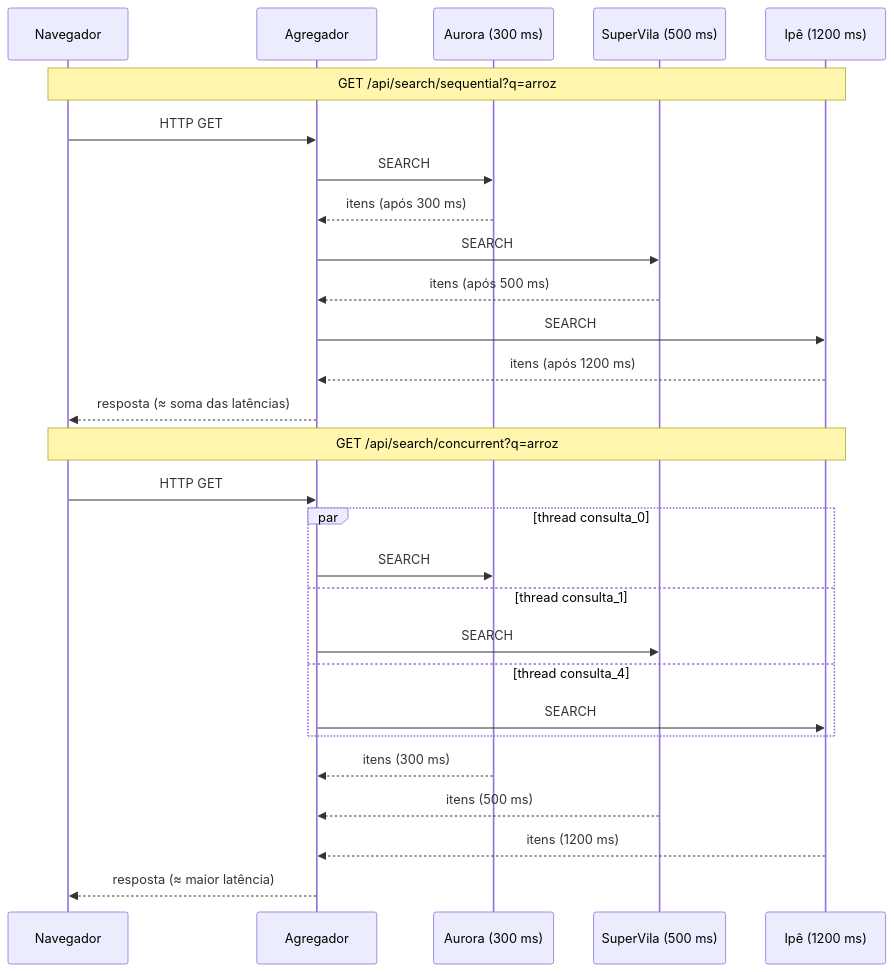
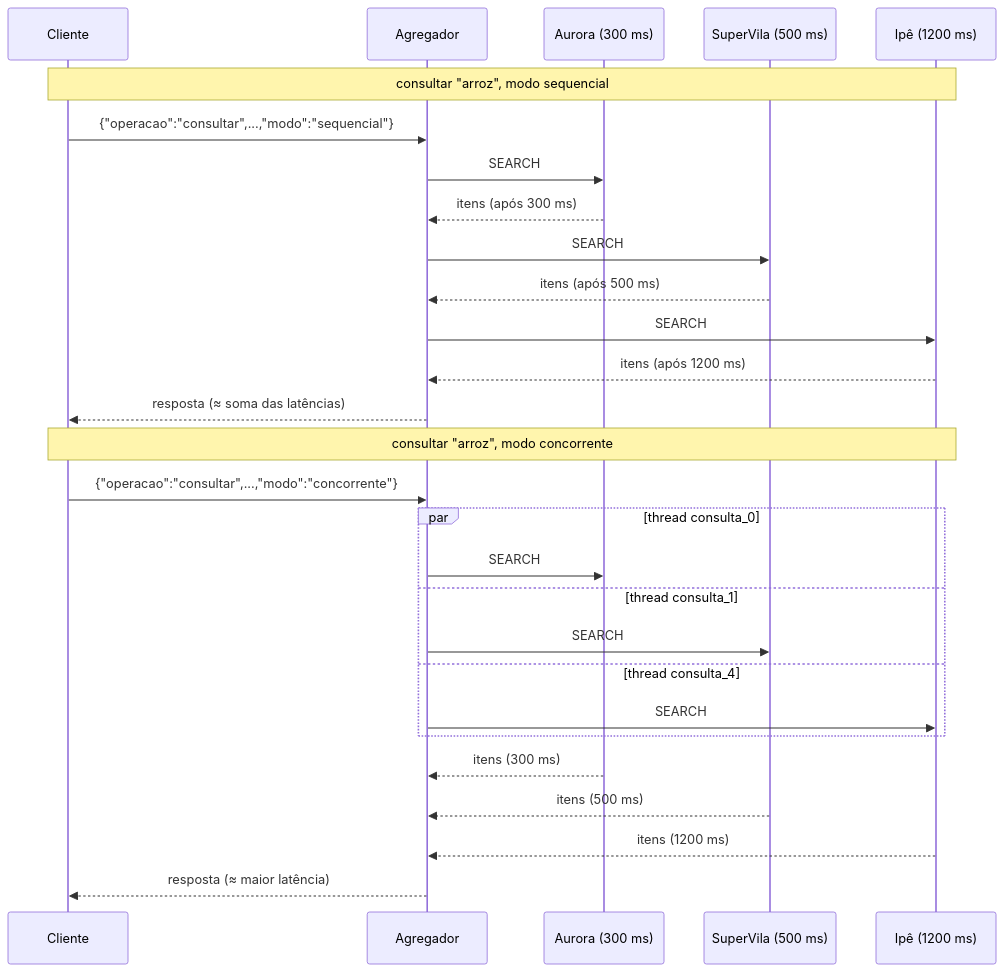
The fourth of 4 diagrams in docs/arquitetura.md (coelhomarcus/market-sync), drawn with Mermaid before and after one commit. The commit also changed other lines of this file and 63 other files, not shown here.

````diff
--- a/docs/arquitetura.md
+++ b/docs/arquitetura.md
@@ -92,32 +146,32 @@
 ```mermaid
 sequenceDiagram
-    participant U as Navegador
+    participant U as Cliente
     participant A as Agregador
     participant M1 as Aurora (300 ms)
     participant M2 as SuperVila (500 ms)
     participant M5 as Ipê (1200 ms)
 
-    Note over U,M5: GET /api/search/sequential?q=arroz
-    U->>A: HTTP GET
+    Note over U,M5: consultar "arroz", modo sequencial
+    U->>A: {"operacao":"consultar",...,"modo":"sequencial"}
     A->>M1: SEARCH
     M1-->>A: itens (após 300 ms)
     A->>M2: SEARCH
     M2-->>A: itens (após 500 ms)
     A->>M5: SEARCH
     M5-->>A: itens (após 1200 ms)
     A-->>U: resposta (≈ soma das latências)
 
-    Note over U,M5: GET /api/search/concurrent?q=arroz
-    U->>A: HTTP GET
+    Note over U,M5: consultar "arroz", modo concorrente
+    U->>A: {"operacao":"consultar",...,"modo":"concorrente"}
     par thread consulta_0
         A->>M1: SEARCH
     and thread consulta_1
         A->>M2: SEARCH
     and thread consulta_4
         A->>M5: SEARCH
     end
     M1-->>A: itens (300 ms)
     M2-->>A: itens (500 ms)
     M5-->>A: itens (1200 ms)
     A-->>U: resposta (≈ maior latência)
 ```
````
